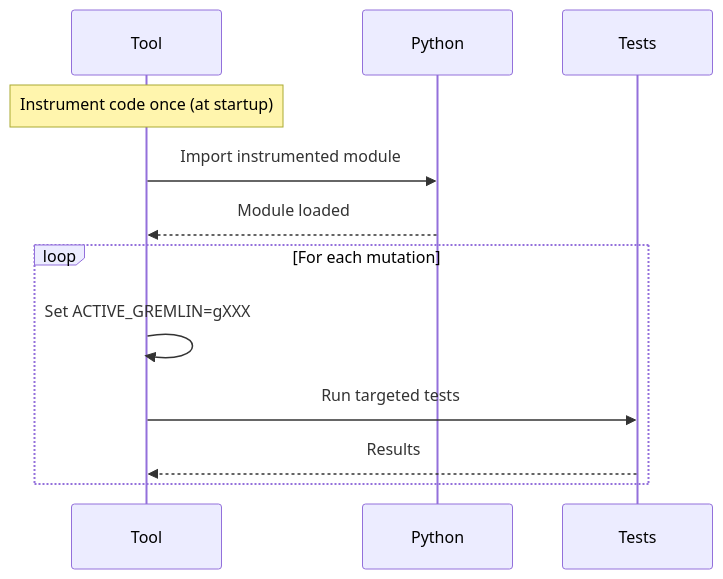
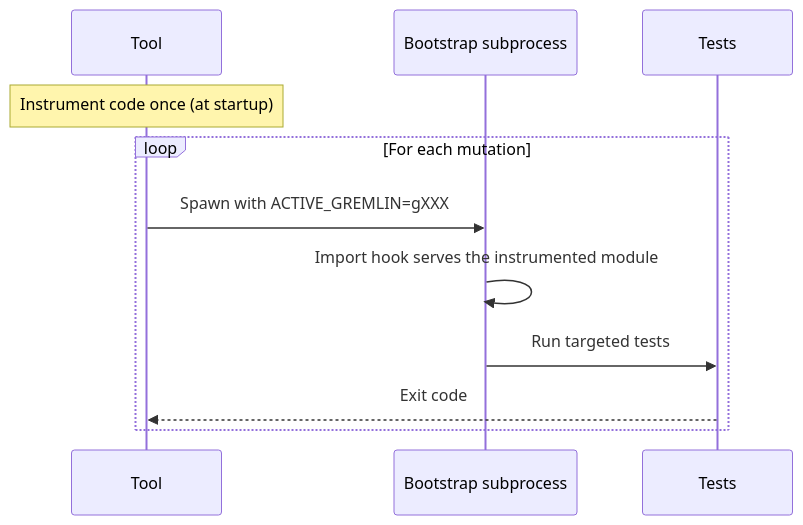
Before and after one commit to Dodothereal/pytest-gremlins: the second of 3 diagrams in docs/architecture/mutation-switching.md, drawn with Mermaid. The commit also changed other lines of this file and 2 other files, not shown here.

First paragraph of the commit message:
docs(architecture): document the gremlin execution loop (#734)
## Summary

````diff
--- a/docs/architecture/mutation-switching.md
+++ b/docs/architecture/mutation-switching.md
@@ -89,16 +89,15 @@
 ```mermaid
 sequenceDiagram
     participant Tool
-    participant Python
+    participant Subprocess as Bootstrap subprocess
     participant Tests
 
     Note over Tool: Instrument code once (at startup)
-    Tool->>Python: Import instrumented module
-    Python-->>Tool: Module loaded
 
     loop For each mutation
-        Tool->>Tool: Set ACTIVE_GREMLIN=gXXX
-        Tool->>Tests: Run targeted tests
-        Tests-->>Tool: Results
+        Tool->>Subprocess: Spawn with ACTIVE_GREMLIN=gXXX
+        Subprocess->>Subprocess: Import hook serves the instrumented module
+        Subprocess->>Tests: Run targeted tests
+        Tests-->>Tool: Exit code
     end
 ```
````
